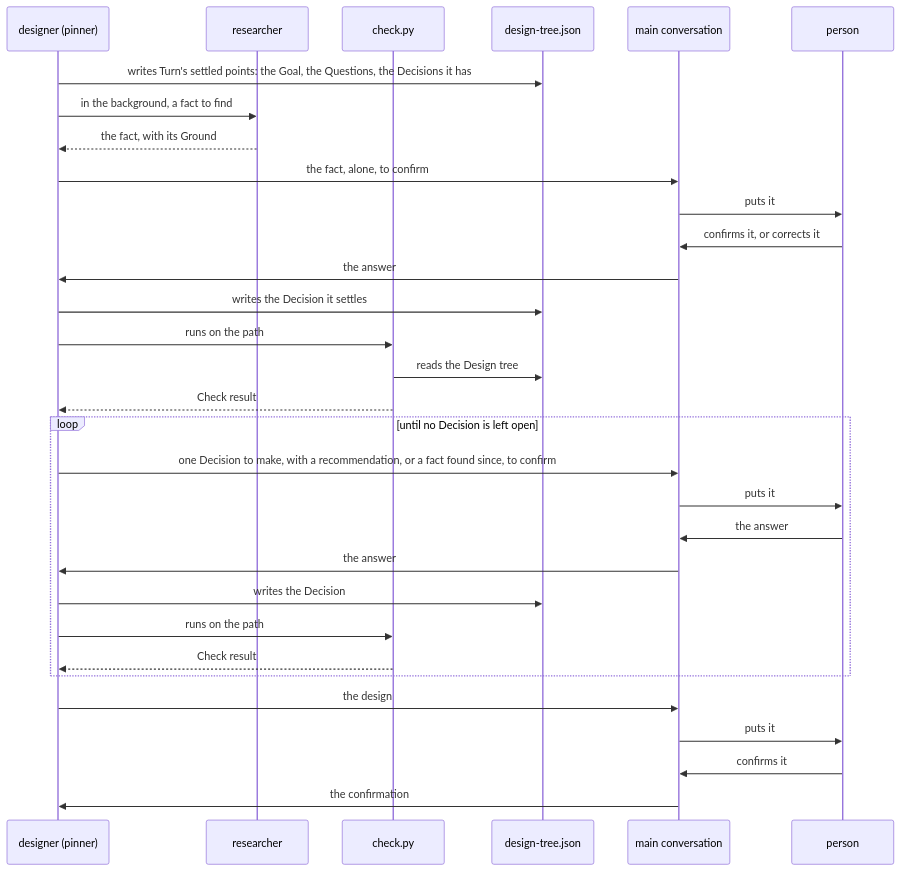
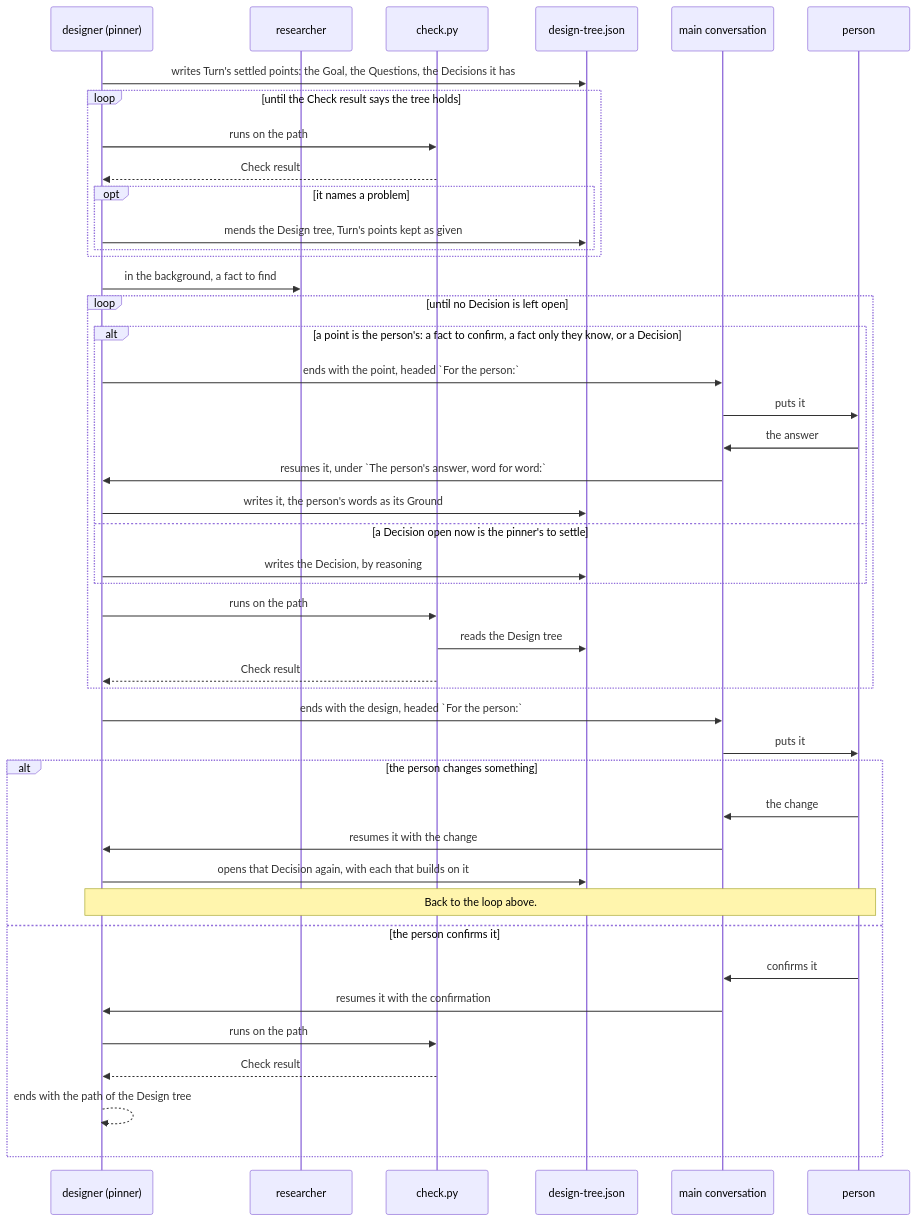
One commit to lovaizu/ccpm changed the fourth of 6 diagrams in dev/pin/architecture.md. Above: the diagram before and after it, drawn with Mermaid. The commit also changed other lines of this file and 4 other files, not shown here.

````diff
--- a/dev/pin/architecture.md
+++ b/dev/pin/architecture.md
@@ -226,33 +267,46 @@
 ```mermaid
 sequenceDiagram
   participant D as designer (pinner)
   participant R as researcher
   participant C as check.py
   participant T as design-tree.json
   participant M as main conversation
   participant P as person
   D->>T: writes Turn's settled points: the Goal, the Questions, the Decisions it has
-  D->>R: in the background, a fact to find
-  R-->>D: the fact, with its Ground
-  D->>M: the fact, alone, to confirm
-  M->>P: puts it
-  P->>M: confirms it, or corrects it
-  M->>D: the answer
-  D->>T: writes the Decision it settles
-  D->>C: runs on the path
-  C->>T: reads the Design tree
-  C-->>D: Check result
-  loop until no Decision is left open
-    D->>M: one Decision to make, with a recommendation, or a fact found since, to confirm
-    M->>P: puts it
-    P->>M: the answer
-    M->>D: the answer
-    D->>T: writes the Decision
+  loop until the Check result says the tree holds
     D->>C: runs on the path
     C-->>D: Check result
+    opt it names a problem
+      D->>T: mends the Design tree, Turn's points kept as given
+    end
   end
-  D->>M: the design
+  D->>R: in the background, a fact to find
+  loop until no Decision is left open
+    alt a point is the person's: a fact to confirm, a fact only they know, or a Decision
+      D->>M: ends with the point, headed `For the person:`
+      M->>P: puts it
+      P->>M: the answer
+      M->>D: resumes it, under `The person's answer, word for word:`
+      D->>T: writes it, the person's words as its Ground
+    else a Decision open now is the pinner's to settle
+      D->>T: writes the Decision, by reasoning
+    end
+    D->>C: runs on the path
+    C->>T: reads the Design tree
+    C-->>D: Check result
+  end
+  D->>M: ends with the design, headed `For the person:`
   M->>P: puts it
-  P->>M: confirms it
-  M->>D: the confirmation
+  alt the person changes something
+    P->>M: the change
+    M->>D: resumes it with the change
+    D->>T: opens that Decision again, with each that builds on it
+    Note over D,P: Back to the loop above.
+  else the person confirms it
+    P->>M: confirms it
+    M->>D: resumes it with the confirmation
+    D->>C: runs on the path
+    C-->>D: Check result
+    D-->>D: ends with the path of the Design tree
+  end
 ```
````
